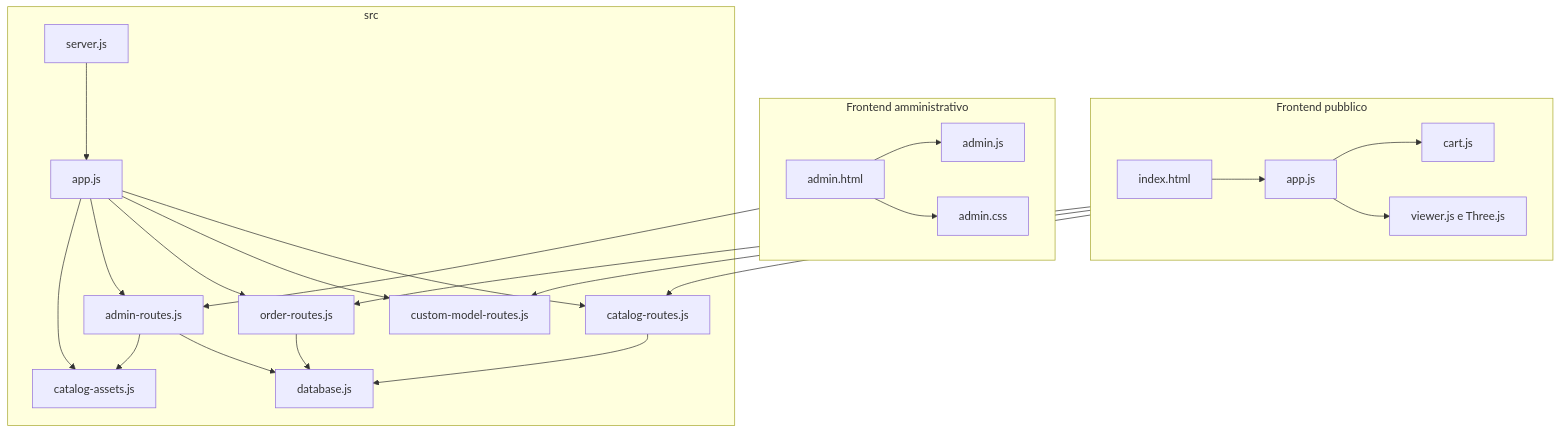
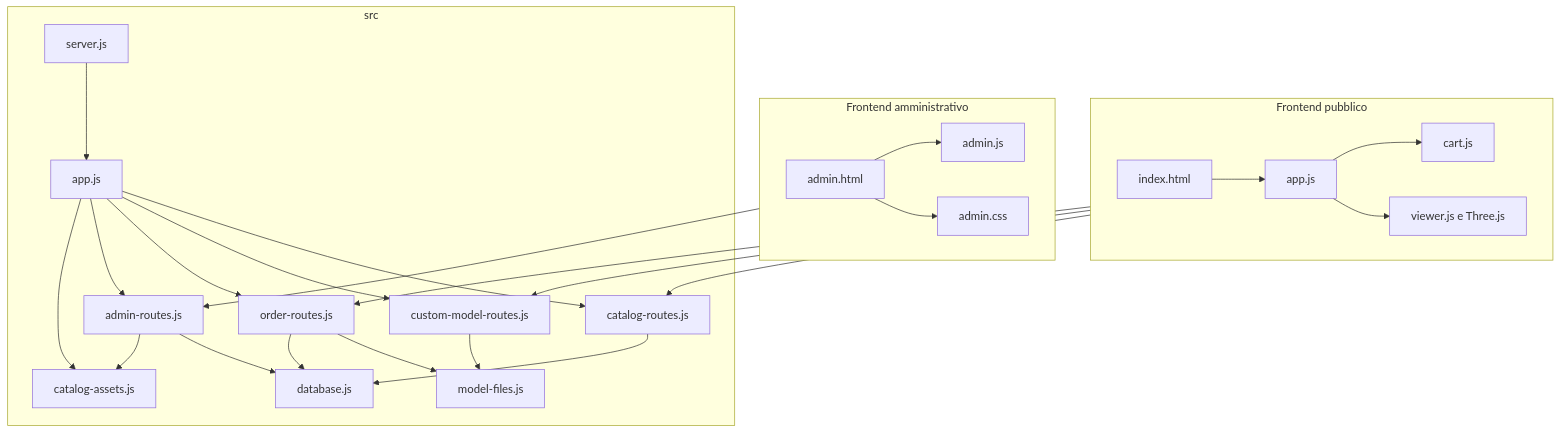
The second of 4 diagrams in docs/ARCHITETTURA.md (Moffoletta/pixel-print-lab), drawn with Mermaid before and after one commit. The commit also changed other lines of this file and 20 other files, not shown here.

````diff
--- a/docs/ARCHITETTURA.md
+++ b/docs/ARCHITETTURA.md
@@ -64,46 +64,49 @@
 ```mermaid
 flowchart TB
   subgraph FrontendPubblico[Frontend pubblico]
     Index[index.html]
     AppPub[app.js]
     Cart[cart.js]
     Viewer[viewer.js e Three.js]
     Index --> AppPub
     AppPub --> Cart
     AppPub --> Viewer
   end
 
   subgraph FrontendAdmin[Frontend amministrativo]
     AdminHTML[admin.html]
     AdminJS[admin.js]
     AdminCSS[admin.css]
     AdminHTML --> AdminJS
     AdminHTML --> AdminCSS
   end
 
   subgraph Backend[src]
     ServerJS[server.js]
     AppJS[app.js]
     CatalogRoutes[catalog-routes.js]
     CustomRoutes[custom-model-routes.js]
     OrderRoutes[order-routes.js]
     AdminRoutes[admin-routes.js]
     CatalogAssets[catalog-assets.js]
+    ModelFiles[model-files.js]
     Database[database.js]
     ServerJS --> AppJS
     AppJS --> CatalogRoutes
     AppJS --> CustomRoutes
     AppJS --> OrderRoutes
     AppJS --> AdminRoutes
     AppJS --> CatalogAssets
+    CustomRoutes --> ModelFiles
+    OrderRoutes --> ModelFiles
     CatalogRoutes --> Database
     OrderRoutes --> Database
     AdminRoutes --> Database
     AdminRoutes --> CatalogAssets
   end
 
   FrontendPubblico --> CatalogRoutes
   FrontendPubblico --> CustomRoutes
   FrontendPubblico --> OrderRoutes
   FrontendAdmin --> AdminRoutes
 ```
````
